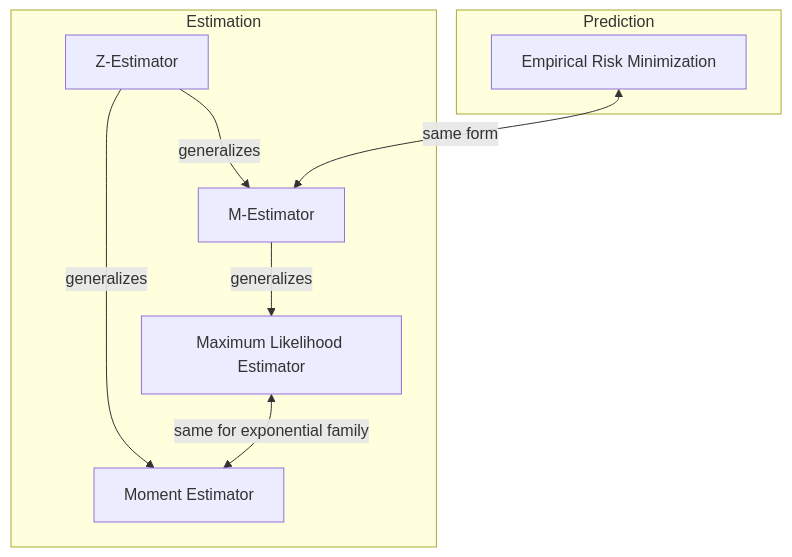
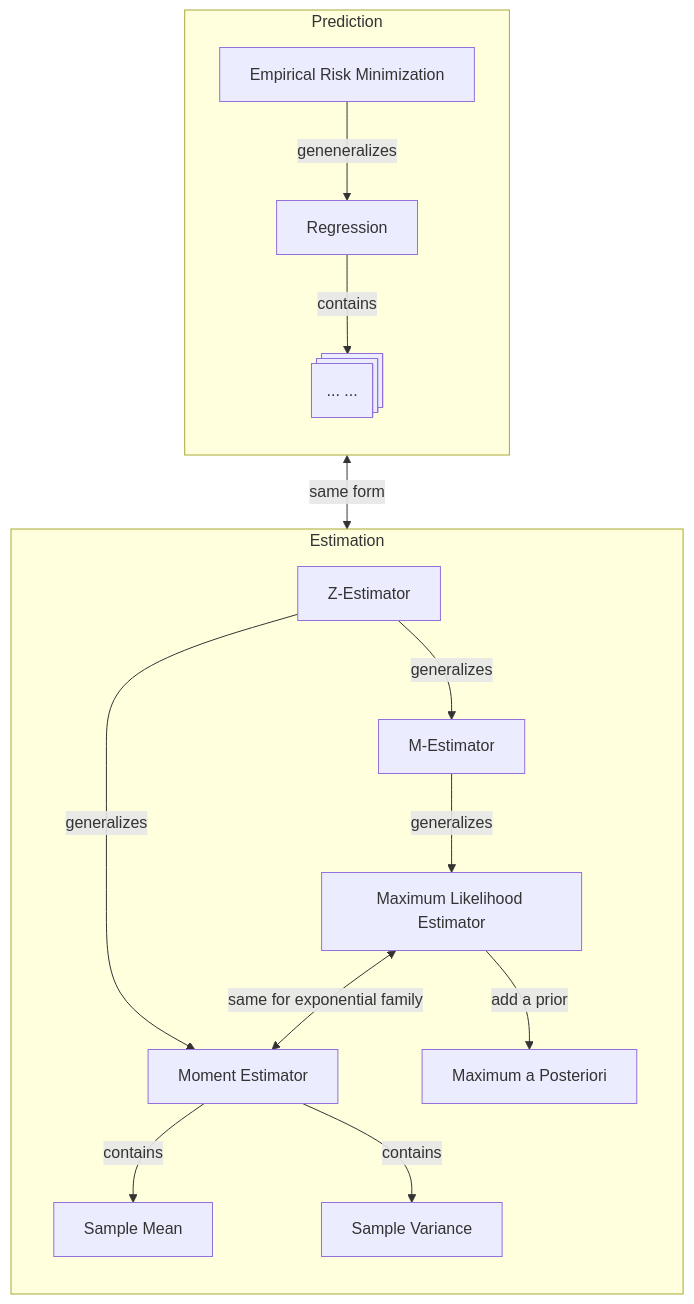
The diagram in content/Estimation.md (zcysxy/quartz), drawn with Mermaid before and after one commit. The commit also changed other lines of this file and 4 other files, not shown here.

````diff
--- a/content/Estimation.md
+++ b/content/Estimation.md
@@ -20,12 +20,20 @@
 ```mermaid
 flowchart
+subgraph BB[Prediction]
+direction TB
+E["Empirical Risk Minimization"]
+E --"geneneralizes"--> F["Regression"]
+F --"contains"--> FF@{shape: processes, label: "... ...", w: 100px}
+end
 subgraph AA[Estimation]
+direction TB
 A["M-Estimator"] --"generalizes"--> B["Maximum Likelihood Estimator"]
 C["Z-Estimator"] --"generalizes"--> A
 C["Z-Estimator"] --"generalizes"--> D["Moment Estimator"]
 B <--"same for exponential family"--> D
+B --"add a prior"--> M["Maximum a Posteriori "]
+D --"contains"--> D1["Sample Mean"]
+D --"contains"--> D2["Sample Variance"]
 end
-subgraph BB[Prediction]
-E["Empirical Risk Minimization"] <--"same form"--> A
-end
+E  <--"same form"--> A
 ```
````
